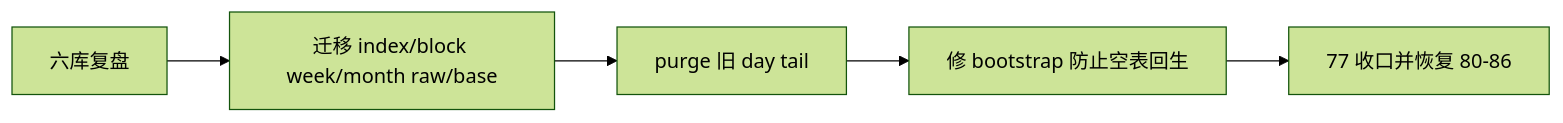
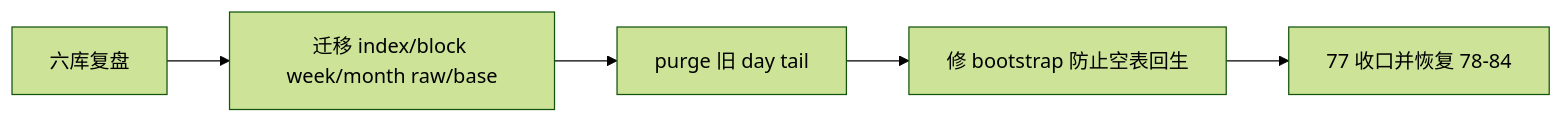
One commit to everything-is-simple/lifespan-0.01 changed the diagram in docs/03-execution/records/77-raw-base-timeframe-split-tail-completion-record-20260418.md. Above: the diagram before and after it, drawn with Mermaid (forest theme). The commit also changed other lines of this file and 86 other files, not shown here.

````diff
--- a/docs/03-execution/records/77-raw-base-timeframe-split-tail-completion-record-20260418.md
+++ b/docs/03-execution/records/77-raw-base-timeframe-split-tail-completion-record-20260418.md
@@ -29,7 +29,7 @@
 ```mermaid
 flowchart LR
     A["六库复盘"] --> B["迁移 index/block week/month raw/base"]
     B --> C["purge 旧 day tail"]
     C --> D["修 bootstrap 防止空表回生"]
-    D --> E["77 收口并恢复 80-86"]
+    D --> E["77 收口并恢复 78-84"]
 ```
````
